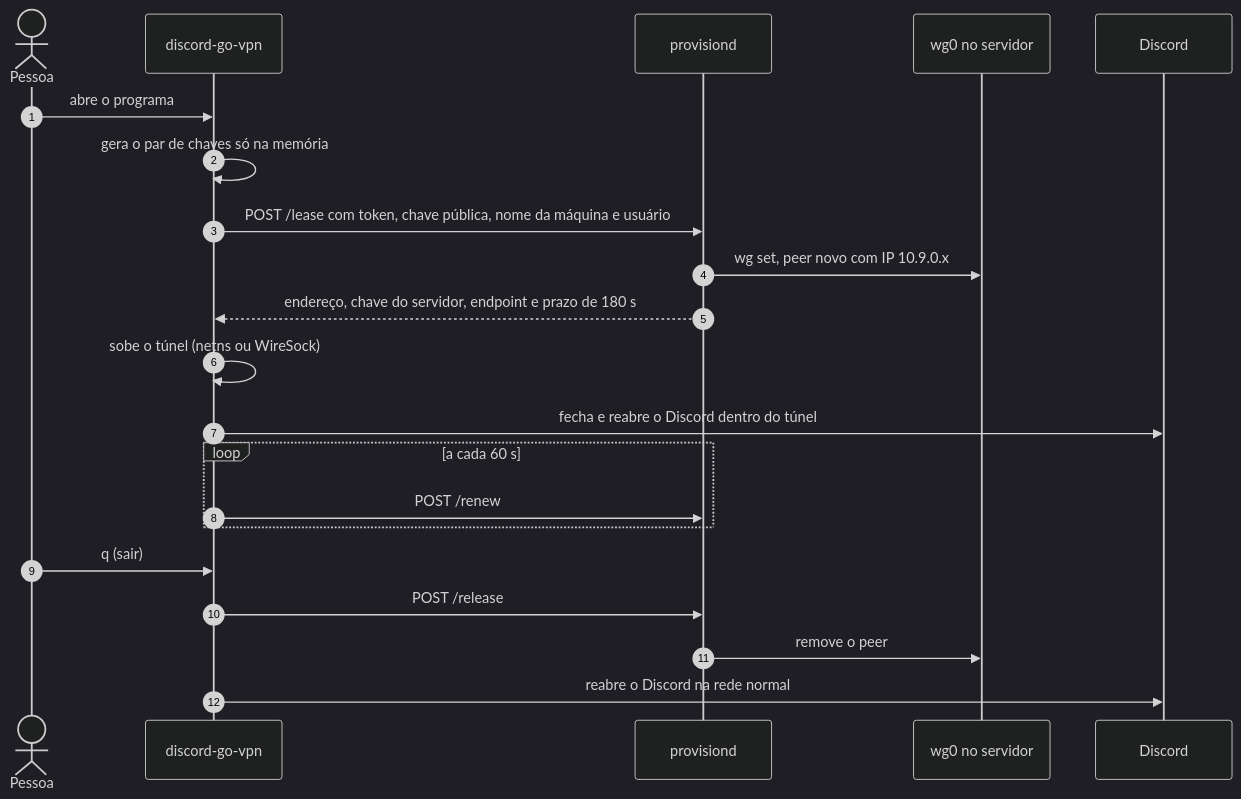
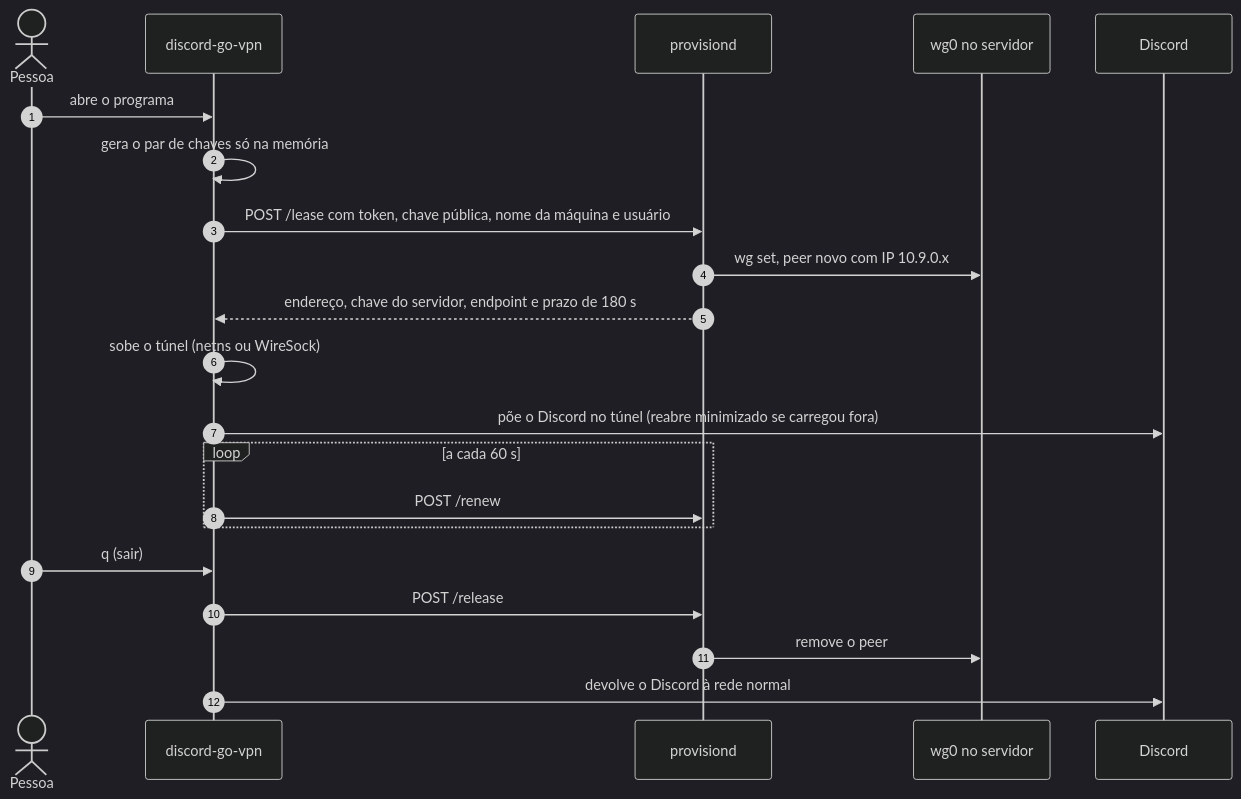
One commit to bumaruf/discord-go-vpn changed the second of 2 diagrams in README.md. Above: the diagram before and after it, drawn with Mermaid (dark theme). The commit also changed other lines of this file and 18 other files, not shown here.

````diff
--- a/README.md
+++ b/README.md
@@ -109,24 +112,24 @@
 ```mermaid
 sequenceDiagram
     autonumber
     actor U as Pessoa
     participant C as discord-go-vpn
     participant P as provisiond
     participant W as wg0 no servidor
     participant D as Discord
 
     U->>C: abre o programa
     C->>C: gera o par de chaves só na memória
     C->>P: POST /lease com token, chave pública, nome da máquina e usuário
     P->>W: wg set, peer novo com IP 10.9.0.x
     P-->>C: endereço, chave do servidor, endpoint e prazo de 180 s
     C->>C: sobe o túnel (netns ou WireSock)
-    C->>D: fecha e reabre o Discord dentro do túnel
+    C->>D: põe o Discord no túnel (reabre minimizado se carregou fora)
     loop a cada 60 s
         C->>P: POST /renew
     end
     U->>C: q (sair)
     C->>P: POST /release
     P->>W: remove o peer
-    C->>D: reabre o Discord na rede normal
+    C->>D: devolve o Discord à rede normal
 ```
````
